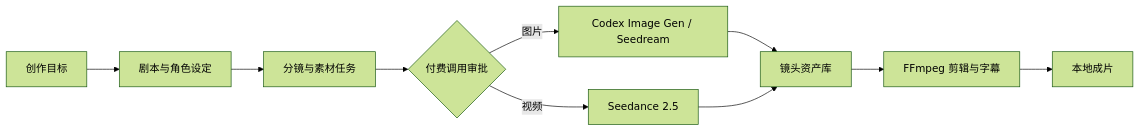
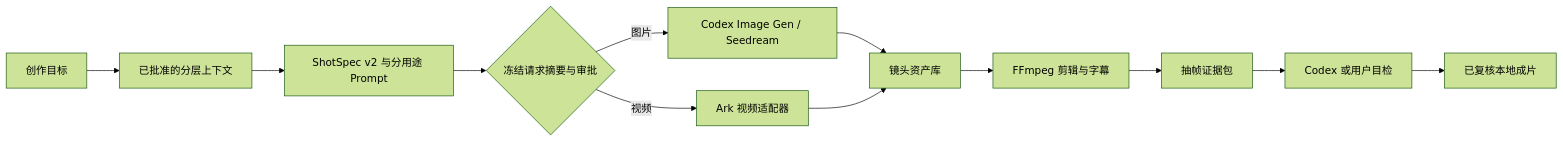
One commit to jiushiaaa/open-drama-flow changed the diagram in README_zh.md. Above: the diagram before and after it, drawn with Mermaid (forest theme). The commit also changed other lines of this file and 33 other files, not shown here.

````diff
--- a/README_zh.md
+++ b/README_zh.md
@@ -59,12 +61,14 @@
 ```mermaid
 flowchart LR
-    A[创作目标] --> B[剧本与角色设定]
-    B --> C[分镜与素材任务]
-    C --> D{付费调用审批}
+    A[创作目标] --> B[已批准的分层上下文]
+    B --> C[ShotSpec v2 与分用途 Prompt]
+    C --> D{冻结请求摘要与审批}
     D -->|图片| E[Codex Image Gen / Seedream]
-    D -->|视频| F[Seedance 2.5]
+    D -->|视频| F[Ark 视频适配器]
     E --> G[镜头资产库]
     F --> G
     G --> H[FFmpeg 剪辑与字幕]
-    H --> I[本地成片]
+    H --> I[抽帧证据包]
+    I --> J[Codex 或用户目检]
+    J --> K[已复核本地成片]
 ```
````
